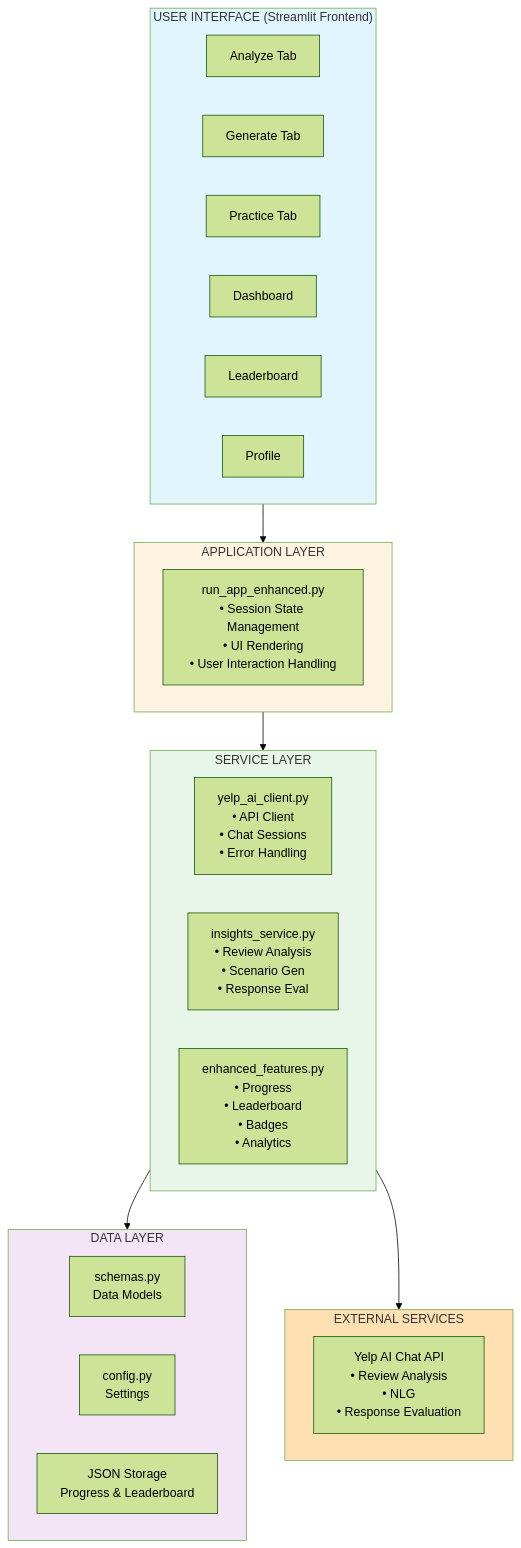
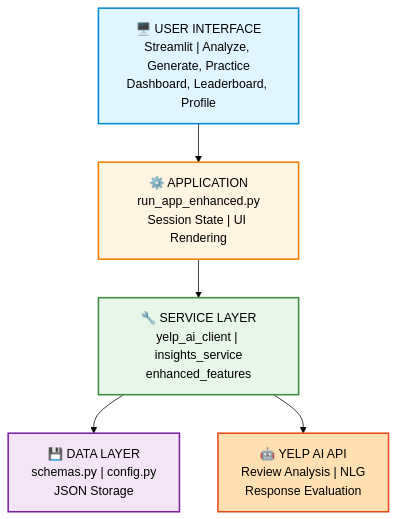
One commit to ankitlade12/DineSync changed the second of 2 diagrams in README.md. Above: the diagram before and after it, drawn with Mermaid (forest theme).

Commit message:
Simplify architecture diagram - more compact and cleaner

````diff
--- a/README.md
+++ b/README.md
@@ -42,42 +42,18 @@
 ```mermaid
 graph TB
-    subgraph UI["USER INTERFACE (Streamlit Frontend)"]
-        UI1[Analyze Tab]
-        UI2[Generate Tab]
-        UI3[Practice Tab]
-        UI4[Dashboard]
-        UI5[Leaderboard]
-        UI6[Profile]
-    end
+    UI["🖥️ USER INTERFACE<br/>Streamlit | Analyze, Generate, Practice<br/>Dashboard, Leaderboard, Profile"]
+    APP["⚙️ APPLICATION<br/>run_app_enhanced.py<br/>Session State | UI Rendering"]
+    SVC["🔧 SERVICE LAYER<br/>yelp_ai_client | insights_service<br/>enhanced_features"]
+    DATA["💾 DATA LAYER<br/>schemas.py | config.py<br/>JSON Storage"]
+    EXT["🤖 YELP AI API<br/>Review Analysis | NLG<br/>Response Evaluation"]
 
-    subgraph APP["APPLICATION LAYER"]
-        APP1["run_app_enhanced.py<br/>• Session State Management<br/>• UI Rendering<br/>• User Interaction Handling"]
-    end
+    UI --> APP --> SVC
+    SVC --> DATA
+    SVC --> EXT
 
-    subgraph SERVICE["SERVICE LAYER"]
-        SVC1["yelp_ai_client.py<br/>• API Client<br/>• Chat Sessions<br/>• Error Handling"]
-        SVC2["insights_service.py<br/>• Review Analysis<br/>• Scenario Gen<br/>• Response Eval"]
-        SVC3["enhanced_features.py<br/>• Progress<br/>• Leaderboard<br/>• Badges<br/>• Analytics"]
-    end
-
-    subgraph DATA["DATA LAYER"]
-        DATA1["schemas.py<br/>Data Models"]
-        DATA2["config.py<br/>Settings"]
-        DATA3["JSON Storage<br/>Progress & Leaderboard"]
-    end
-
-    subgraph EXT["EXTERNAL SERVICES"]
-        EXT1["Yelp AI Chat API<br/>• Review Analysis<br/>• NLG<br/>• Response Evaluation"]
-    end
-
-    UI --> APP
-    APP --> SERVICE
-    SERVICE --> DATA
-    SERVICE --> EXT
-
-    style UI fill:#e1f5ff
-    style APP fill:#fff4e1
-    style SERVICE fill:#e8f5e9
-    style DATA fill:#f3e5f5
-    style EXT fill:#ffe0b2
+    style UI fill:#e1f5ff,stroke:#0288d1,stroke-width:2px
+    style APP fill:#fff4e1,stroke:#f57c00,stroke-width:2px
+    style SVC fill:#e8f5e9,stroke:#388e3c,stroke-width:2px
+    style DATA fill:#f3e5f5,stroke:#7b1fa2,stroke-width:2px
+    style EXT fill:#ffe0b2,stroke:#e64a19,stroke-width:2px
 ```
````
